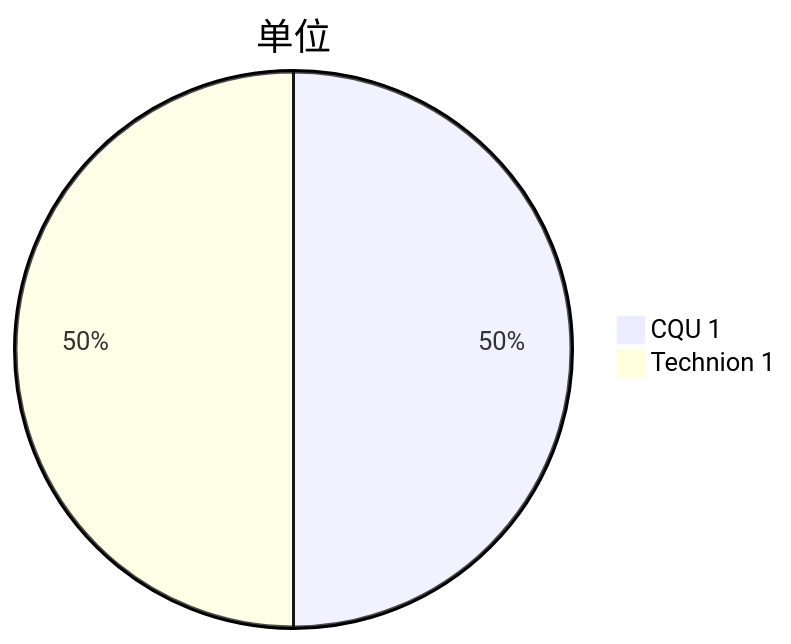
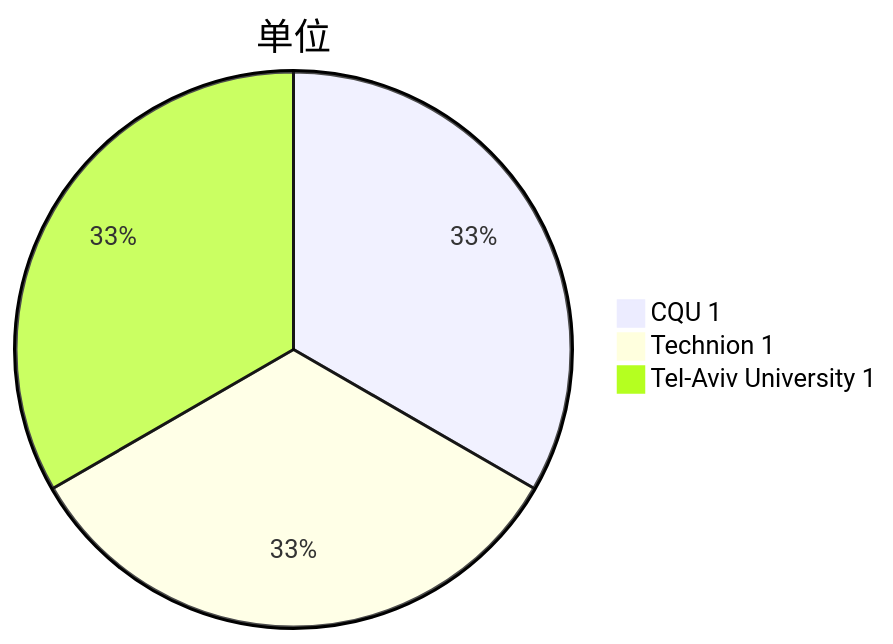
Before and after one commit to Elephant-King9/Paper: the third of 5 diagrams in Attack/Backdoor_Attack/Diffusion/T2I/analyse.md, drawn with Mermaid. The commit also changed other lines of this file and 24 other files, not shown here.

````diff
--- a/Attack/Backdoor_Attack/Diffusion/T2I/analyse.md
+++ b/Attack/Backdoor_Attack/Diffusion/T2I/analyse.md
@@ -26,5 +29,6 @@
 ```mermaid
 pie title 单位
 	"CQU 1" : 1
 	"Technion 1" : 1
+	"Tel-Aviv University 1" : 1
 ```
````
